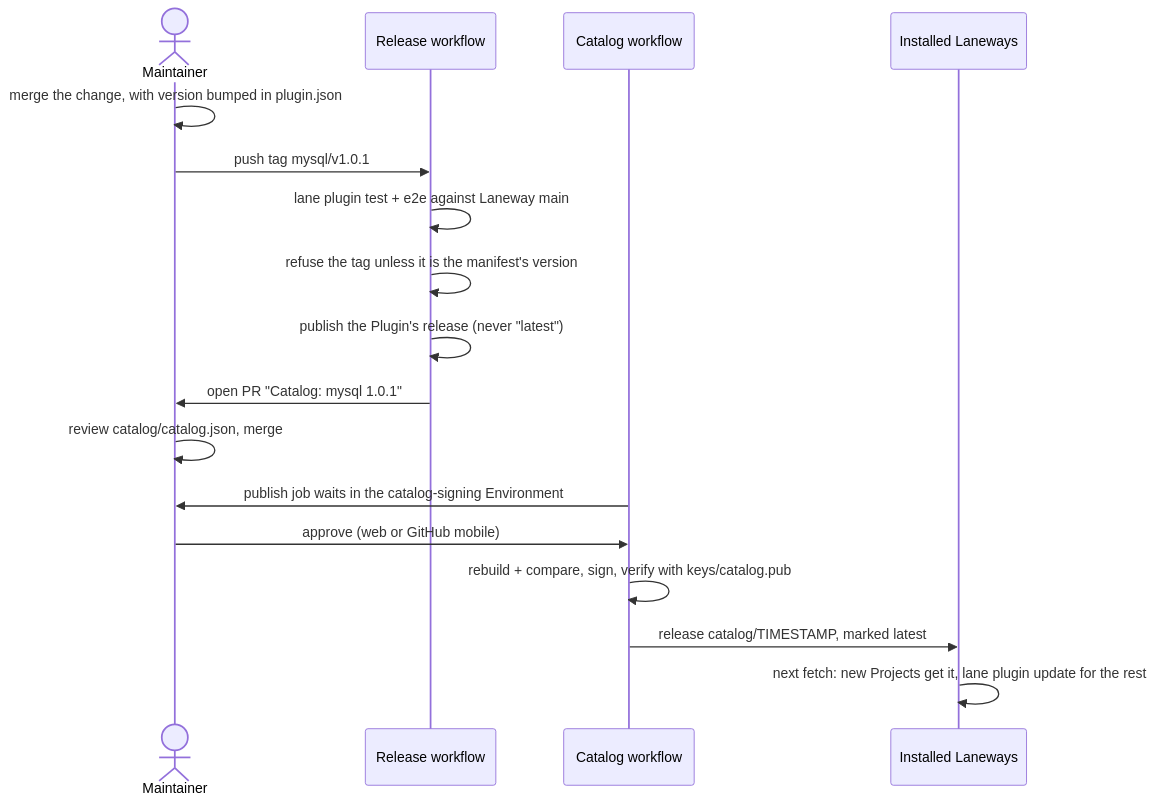
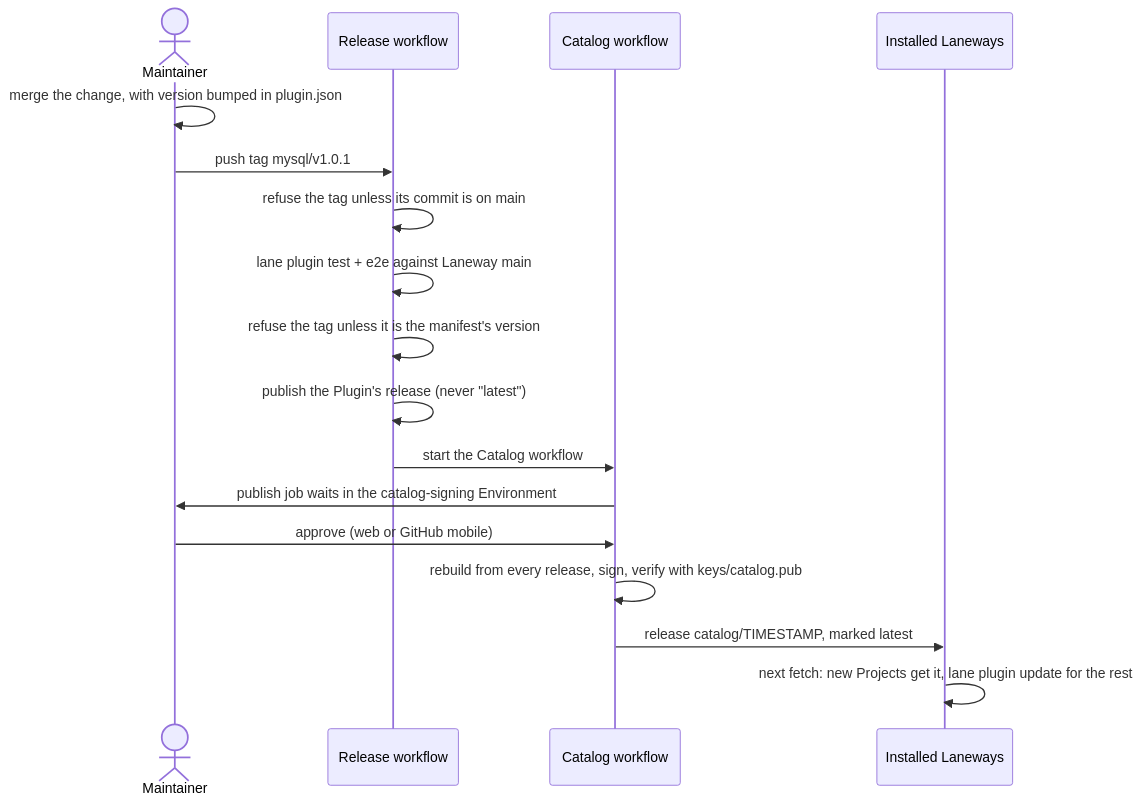
The fifth of 6 diagrams in docs/development-flow.md (lanewayhq/laneway), drawn with Mermaid before and after one commit. The commit also changed other lines of this file, not shown here.

Commit message:
docs: releasing a Plugin is a tag and one approval, with no Catalog pull request

````diff
--- a/docs/development-flow.md
+++ b/docs/development-flow.md
@@ -166,19 +166,19 @@
 ```mermaid
 sequenceDiagram
   actor M as Maintainer
   participant R as Release workflow
   participant C as Catalog workflow
   participant L as Installed Laneways
   M->>M: merge the change, with version bumped in plugin.json
   M->>R: push tag mysql/v1.0.1
+  R->>R: refuse the tag unless its commit is on main
   R->>R: lane plugin test + e2e against Laneway main
   R->>R: refuse the tag unless it is the manifest's version
   R->>R: publish the Plugin's release (never "latest")
-  R->>M: open PR "Catalog: mysql 1.0.1"
-  M->>M: review catalog/catalog.json, merge
+  R->>C: start the Catalog workflow
   C->>M: publish job waits in the catalog-signing Environment
   M->>C: approve (web or GitHub mobile)
-  C->>C: rebuild + compare, sign, verify with keys/catalog.pub
+  C->>C: rebuild from every release, sign, verify with keys/catalog.pub
   C->>L: release catalog/TIMESTAMP, marked latest
   L->>L: next fetch: new Projects get it, lane plugin update for the rest
 ```
````
